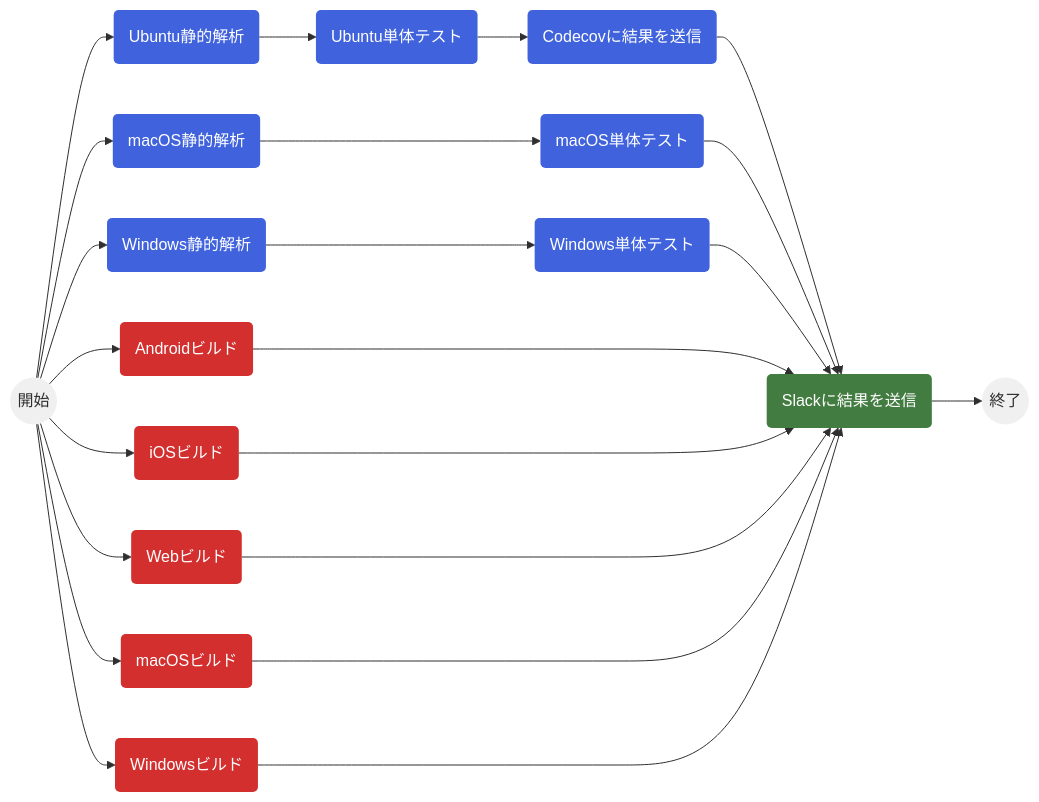
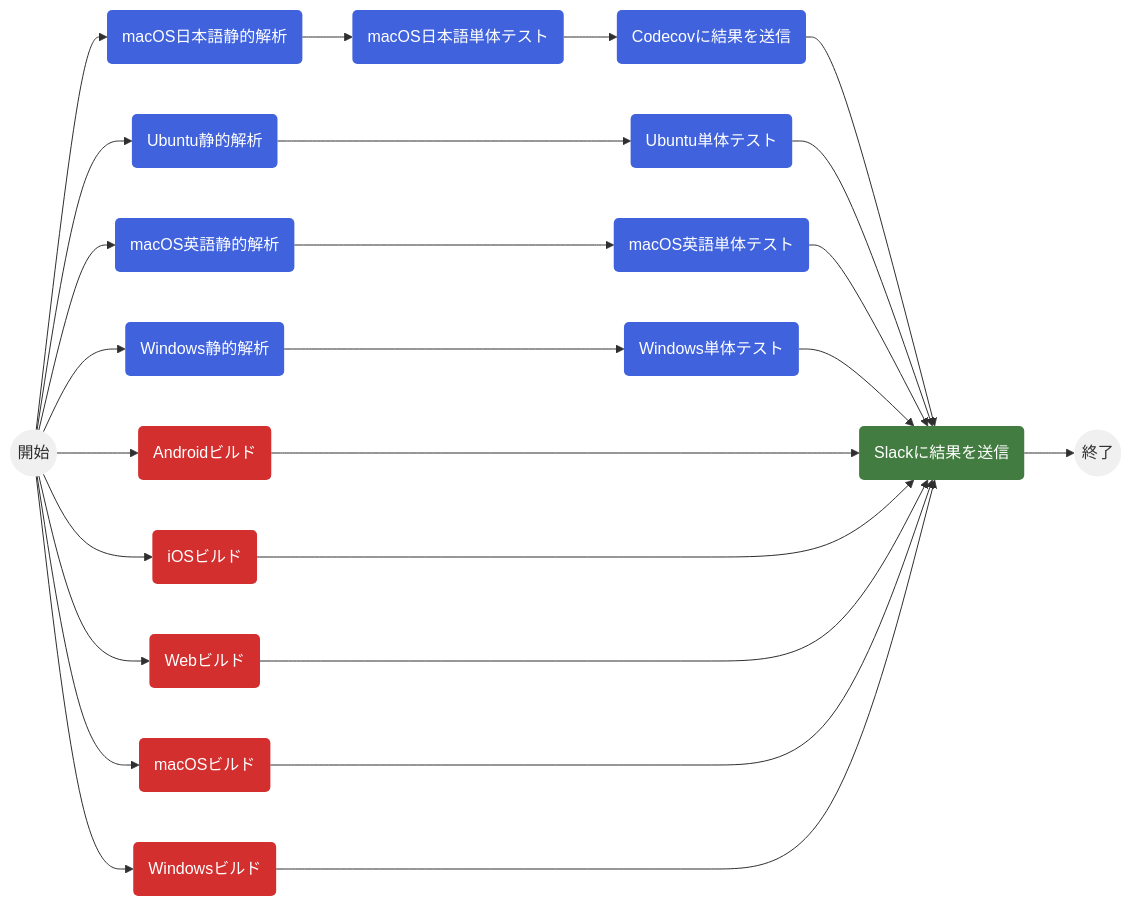
The second of 2 diagrams in README.md (susatthi/github-search), drawn with Mermaid before and after one commit. The commit also changed other lines of this file, not shown here.

Commit message:
📝 docs:  Update README
Issue #174

````diff
--- a/README.md
+++ b/README.md
@@ -348,35 +348,38 @@
 ```mermaid
 %%{init:{'theme':'base','themeVariables':{'primaryColor':'#f0f0f0','primaryTextColor':'#2f2f2f', 'lineColor':'#2f2f2f','textColor':'#2f2f2f','fontSize':'16px','nodeBorder':'0px'}}}%%
 flowchart LR
     Start((開始)) --> AnalyzeUbuntu(Ubuntu静的解析)
-    Start --> AnalyzeMacos(macOS静的解析)
+    Start --> AnalyzeMacosEn(macOS英語静的解析)
+    Start --> AnalyzeMacosJp(macOS日本語静的解析)
     Start --> AnalyzeWindows(Windows静的解析)
     Start --> BuildAndroid(Androidビルド)
     Start --> BuildiOS(iOSビルド)
     Start --> BuildWeb(Webビルド)
     Start --> BuildMacOS(macOSビルド)
     Start --> BuildWindows(Windowsビルド)
 
-    AnalyzeUbuntu --> TestUbuntu(Ubuntu単体テスト)
-    TestUbuntu --> UploadCoverageUbuntu(Codecovに結果を送信)
-    AnalyzeMacos ---> TestMacos(macOS単体テスト)
+    AnalyzeUbuntu ---> TestUbuntu(Ubuntu単体テスト)
+    AnalyzeMacosEn ---> TestMacosEn(macOS英語単体テスト)
+    AnalyzeMacosJp --> TestMacosJp(macOS日本語単体テスト)
+    TestMacosJp --> UploadCoverageMacosJp(Codecovに結果を送信)
     AnalyzeWindows ---> TestWindows(Windows単体テスト)
-    UploadCoverageUbuntu --> NotifySlack(Slackに結果を送信)
-    TestMacos --> NotifySlack
+    UploadCoverageMacosJp --> NotifySlack(Slackに結果を送信)
+    TestUbuntu --> NotifySlack
+    TestMacosEn --> NotifySlack
     TestWindows --> NotifySlack
     BuildAndroid ----> NotifySlack
     BuildiOS ----> NotifySlack
     BuildWeb ----> NotifySlack
     BuildMacOS ----> NotifySlack
     BuildWindows ----> NotifySlack
     NotifySlack --> End((終了))
 
     classDef anchor fill:#4063DD, color:#ffffff;
     classDef testJob fill:#4063DD, color:#ffffff;
     classDef buildJob fill:#d32f2f, color:#ffffff;
     classDef reportJob fill:#437C40, color:#ffffff;
     %% class Start,End anchor;
-    class AnalyzeUbuntu,TestUbuntu,UploadCoverageUbuntu,AnalyzeMacos,TestMacos,AnalyzeWindows,TestWindows testJob;
+    class AnalyzeUbuntu,TestUbuntu,UploadCoverageMacosJp,AnalyzeMacosEn,AnalyzeMacosJp,TestMacosEn,TestMacosJp,AnalyzeWindows,TestWindows testJob;
     class BuildAndroid,BuildiOS,BuildWeb,BuildMacOS,BuildWindows,CreateApiDoc,DeployGitHubPages buildJob;
     class NotifySlack reportJob;
 ```
````
